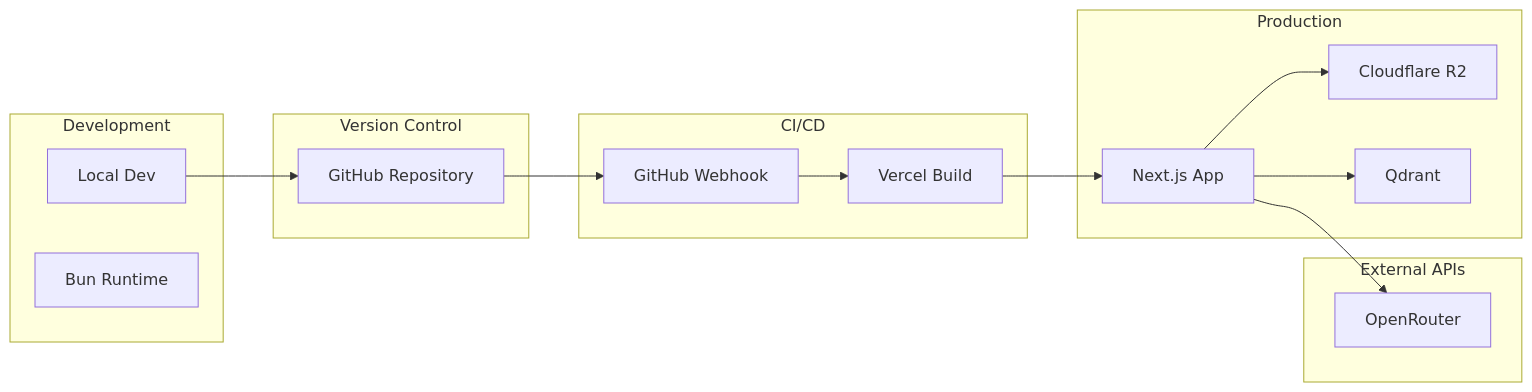
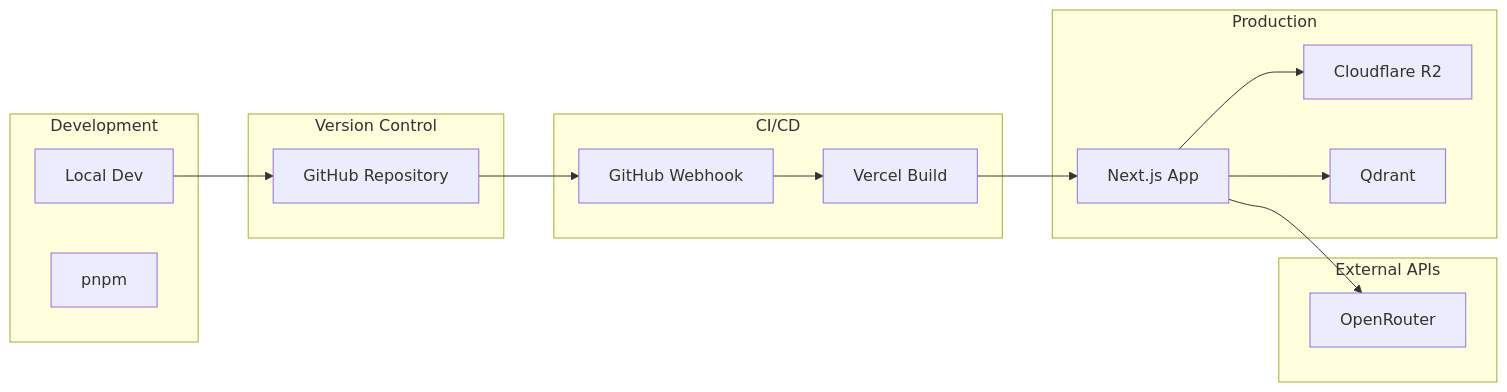
Before and after one commit to mrtngrsbch/sibom-ia: the third of 9 diagrams in plans/ANALISIS_ARQUITECTONICO_COMPLETO.md, drawn with Mermaid. The commit also changed 101 other files, not shown here.

````diff
--- a/plans/ANALISIS_ARQUITECTONICO_COMPLETO.md
+++ b/plans/ANALISIS_ARQUITECTONICO_COMPLETO.md
@@ -300,35 +300,35 @@
 ```mermaid
 graph LR
     subgraph "Development"
         DEV[Local Dev]
-        BUN[Bun Runtime]
+        PNPM[pnpm]
     end
     
     subgraph "Version Control"
         GIT[GitHub Repository]
     end
     
     subgraph "CI/CD"
         WEBHOOK[GitHub Webhook]
         VERCEL[Vercel Build]
     end
     
     subgraph "Production"
         FRONTEND[Next.js App]
         R2[Cloudflare R2]
         QDRANT[Qdrant]
     end
     
     subgraph "External APIs"
         OPENROUTER[OpenRouter]
     end
     
     DEV --> GIT
     GIT --> WEBHOOK
     WEBHOOK --> VERCEL
     VERCEL --> FRONTEND
     
     FRONTEND --> R2
     FRONTEND --> QDRANT
     FRONTEND --> OPENROUTER
 ```
````
